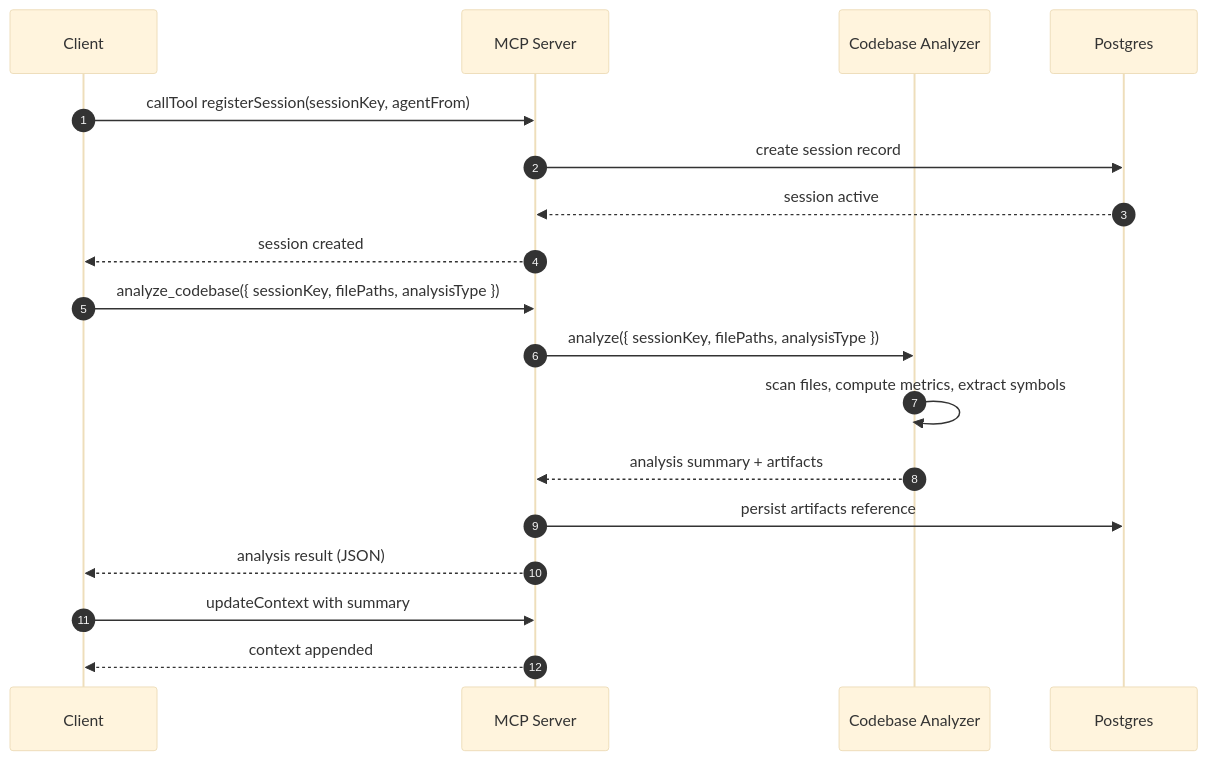
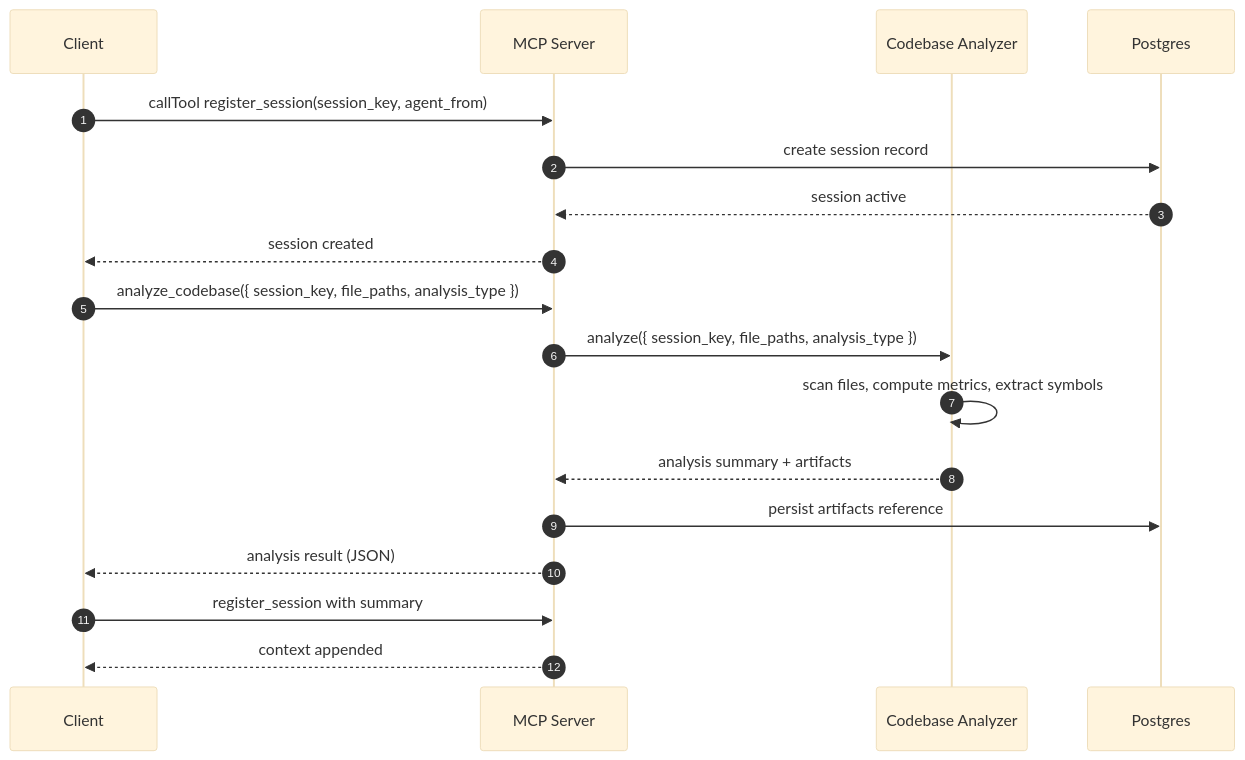
The diagram in docs/usage/codebase-analysis.md (ragusa-it/ai-handoff-mcp), drawn with Mermaid (base theme) before and after one commit. The commit also changed other lines of this file and 17 other files, not shown here.

````diff
--- a/docs/usage/codebase-analysis.md
+++ b/docs/usage/codebase-analysis.md
@@ -23,23 +23,23 @@
 ```mermaid
 sequenceDiagram
   autonumber
   participant Client
   participant MCP as MCP Server
   participant Analyzer as Codebase Analyzer
   participant DB as Postgres
 
-  Client->>MCP: callTool registerSession(sessionKey, agentFrom)
+  Client->>MCP: callTool register_session(session_key, agent_from)
   MCP->>DB: create session record
   DB-->>MCP: session active
   MCP-->>Client: session created
 
-  Client->>MCP: analyze_codebase({ sessionKey, filePaths, analysisType })
-  MCP->>Analyzer: analyze({ sessionKey, filePaths, analysisType })
+  Client->>MCP: analyze_codebase({ session_key, file_paths, analysis_type })
+  MCP->>Analyzer: analyze({ session_key, file_paths, analysis_type })
   Analyzer->>Analyzer: scan files, compute metrics, extract symbols
   Analyzer-->>MCP: analysis summary + artifacts
   MCP->>DB: persist artifacts reference
   MCP-->>Client: analysis result (JSON)
 
-  Client->>MCP: updateContext with summary
+  Client->>MCP: register_session with summary
   MCP-->>Client: context appended
 ```
````
